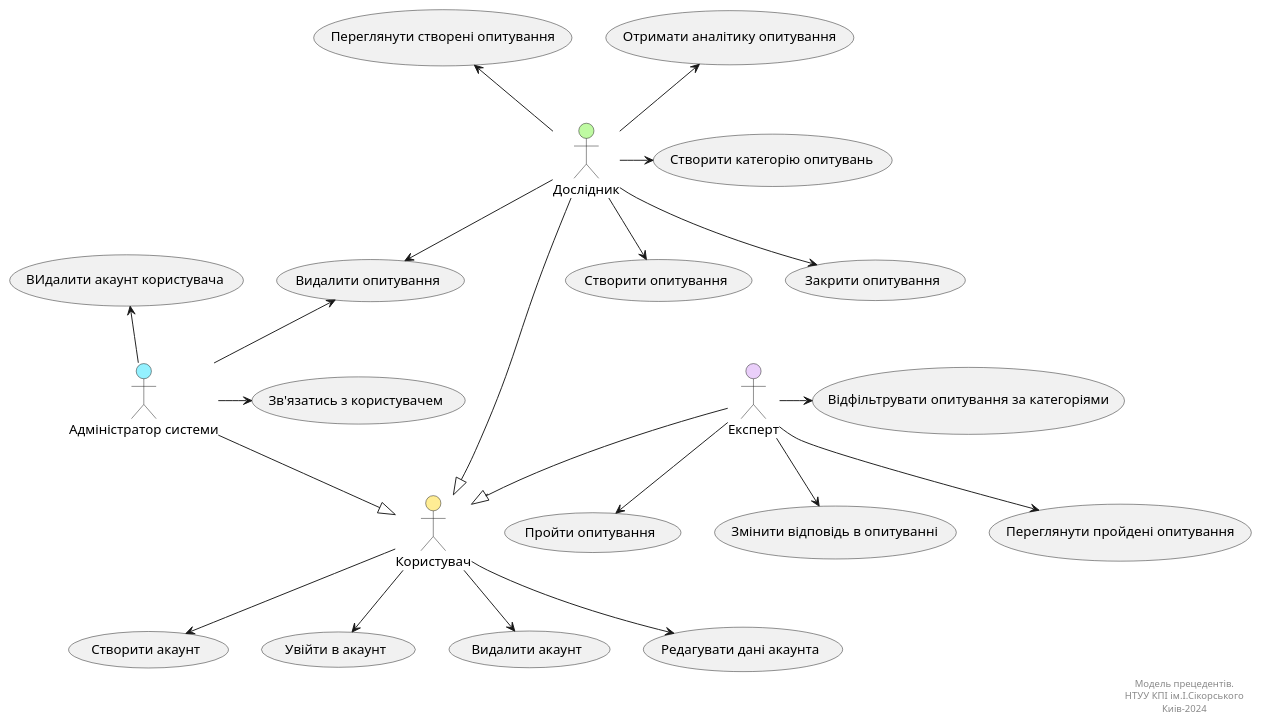
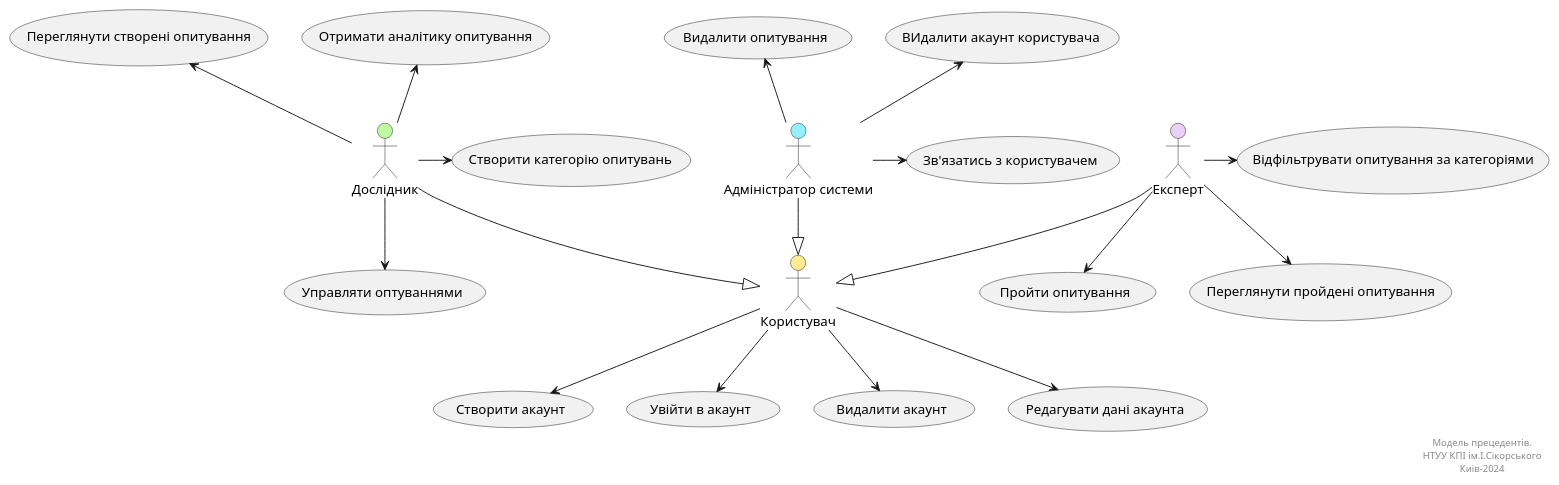
One commit to generalmaks/db_labs changed the first of 2 diagrams in docs/use_cases.md. Above: the diagram before and after it, drawn with PlantUML. The commit also changed other lines of this file, not shown here.

Commit message:
Update diagrams

````diff
--- a/docs/use_cases.md
+++ b/docs/use_cases.md
@@ -11,61 +11,57 @@
 ```plantuml
 @startuml
 
     actor "Користувач" as User #ffed94
     actor "Дослідник" as Researcher #bffaa2
     actor "Експерт" as Expert #eacffa
     actor "Адміністратор системи" as Admin #94f1ff
     
     usecase "Створити акаунт" as UC_1.1
     usecase "Увійти в акаунт" as UC_1.2  
     usecase "Видалити акаунт" as UC_1.3
     usecase "Редагувати дані акаунта" as UC_1.4
     
-    usecase "Створити опитування" as UC_2.1
-    usecase "Закрити опитування" as UC_2.2
-    usecase "Видалити опитування" as UC_2.3
+    usecase "Управляти оптуваннями" as UC_2.1    
     usecase "Отримати аналітику опитування" as UC_2.4
     usecase "Переглянути створені опитування" as UC_2.5
     usecase "Створити категорію опитувань" as UC_2.6
     
     usecase "Пройти опитування" as UC_3.1
-    usecase "Змінити відповідь в опитуванні" as UC_3.2
     usecase "Переглянути пройдені опитування" as UC_3.3
     usecase "Відфільтрувати опитування за категоріями" as UC_3.4
     
     usecase "ВИдалити акаунт користувача" as UC_4.1
     usecase "Зв'язатись з користувачем" as UC_4.2
+    usecase "Видалити опитування" as UC_4.3
 
     User --> UC_1.1
     User --> UC_1.2
     User --> UC_1.3
     User --> UC_1.4
     
     Researcher --|> User 
     Expert --|> User
     Admin --|> User
     
     Researcher --> UC_2.1
-    Researcher --> UC_2.2
-    Researcher --> UC_2.3
     Researcher -up-> UC_2.4
     Researcher -up-> UC_2.5
     Researcher -> UC_2.6
     
     Expert --> UC_3.1
-    Expert --> UC_3.2
     Expert --> UC_3.3
     Expert -right-> UC_3.4
     
-    Admin -up-> UC_2.3
+    
     Admin -up-> UC_4.1
     Admin -> UC_4.2
+    Admin -up-> UC_4.3
     
     right footer
         Модель прецедентів.
         НТУУ КПІ ім.І.Сікорського
         Киів-2024
     end footer
 
 @enduml
 ```
````
